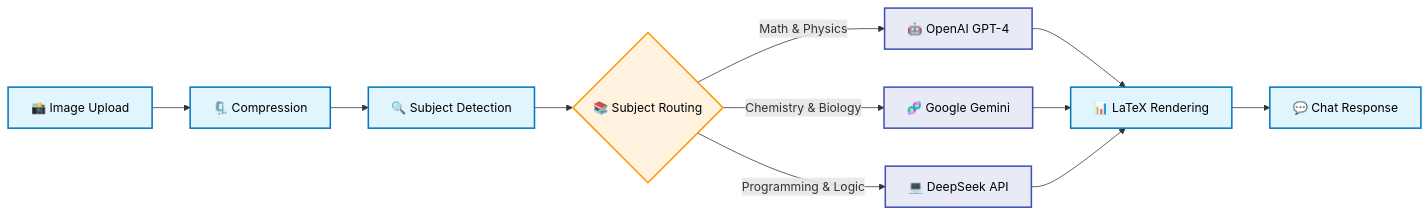
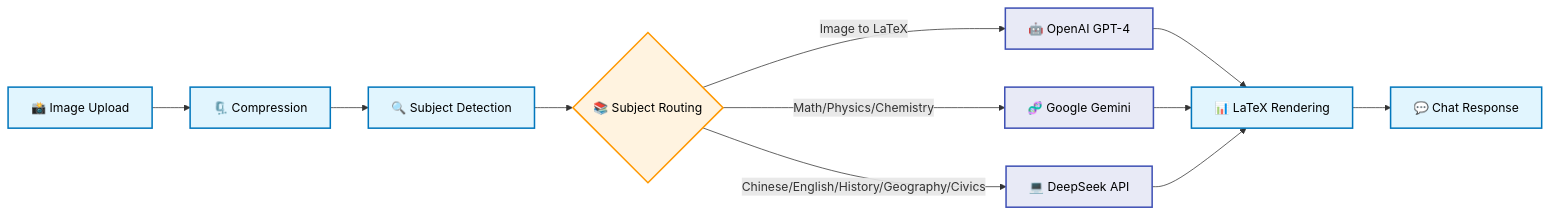
One commit to eason034056/tutor-matching changed the third of 4 diagrams in README.md. Above: the diagram before and after it, drawn with Mermaid.

````diff
--- a/README.md
+++ b/README.md
@@ -164,23 +164,23 @@
 ```mermaid
 graph LR
     A[📸 Image Upload] --> B[🗜️ Compression]
     B --> C[🔍 Subject Detection]
     C --> D{📚 Subject Routing}
     
-    D -->|Math & Physics| E1[🤖 OpenAI GPT-4]
-    D -->|Chemistry & Biology| E2[🧬 Google Gemini]
-    D -->|Programming & Logic| E3[💻 DeepSeek API]
+    D -->|Image to LaTeX| E1[🤖 OpenAI GPT-4]
+    D -->|Math/Physics/Chemistry| E2[🧬 Google Gemini]
+    D -->|Chinese/English/History/Geography/Civics| E3[💻 DeepSeek API]
     
     E1 --> F[📊 LaTeX Rendering]
     E2 --> F
     E3 --> F
     F --> G[💬 Chat Response]
     
     classDef process fill:#e1f5fe,stroke:#0277bd,stroke-width:2px,color:#000
     classDef decision fill:#fff3e0,stroke:#ff9800,stroke-width:2px,color:#000
     classDef ai fill:#e8eaf6,stroke:#3f51b5,stroke-width:2px,color:#000
     
     class A,B,C,F,G process
     class D decision
     class E1,E2,E3 ai
 ```
````
